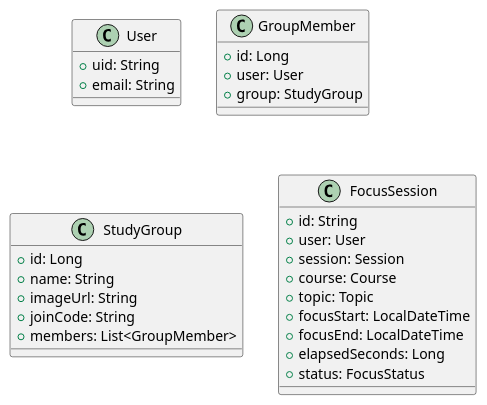
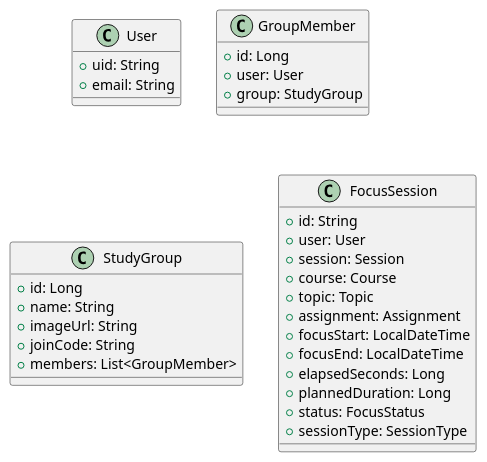
The diagram in p2/entity.puml (keerati5003/PlanMate-Diagram), drawn with PlantUML before and after one commit. The commit also changed 7 other files, not shown here.

Commit message:
update diagram

```diff
--- a/p2/entity.puml
+++ b/p2/entity.puml
@@ -1,34 +1,37 @@
 @startuml
 
 class User {
     +uid: String
     +email: String
 }
 
 class GroupMember {
     +id: Long
     +user: User
     +group: StudyGroup
 }
 
 class StudyGroup {
     +id: Long
     +name: String
     +imageUrl: String
     +joinCode: String
     +members: List<GroupMember>
 }
 
 class FocusSession {
     +id: String
     +user: User
     +session: Session
     +course: Course
     +topic: Topic
+    +assignment: Assignment
     +focusStart: LocalDateTime
     +focusEnd: LocalDateTime
     +elapsedSeconds: Long
+    +plannedDuration: Long
     +status: FocusStatus
+    +sessionType: SessionType
 }
 
 @enduml
```
